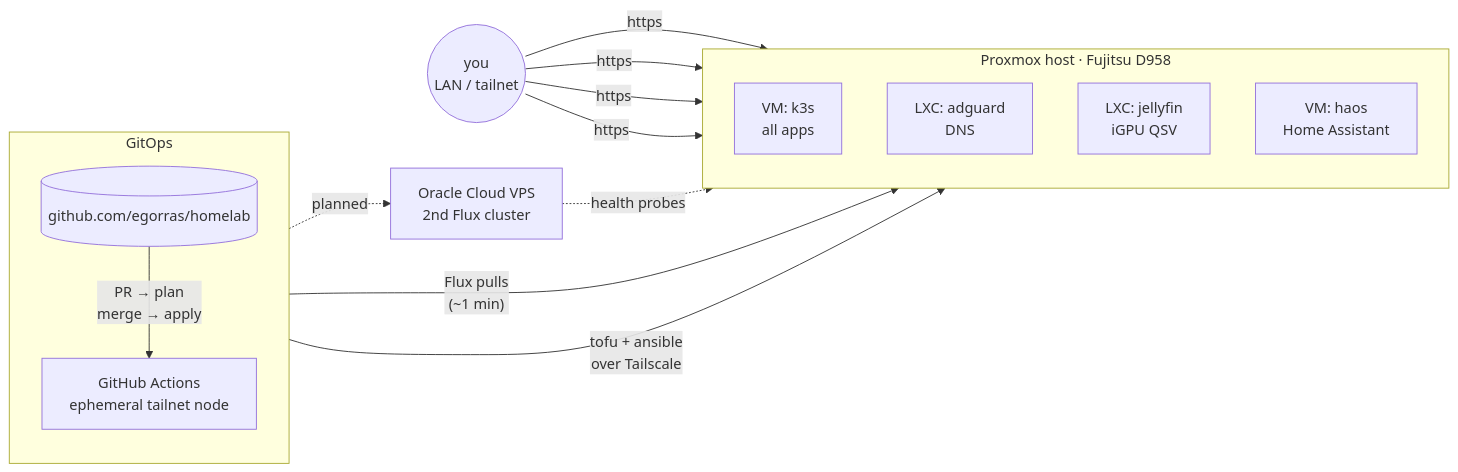
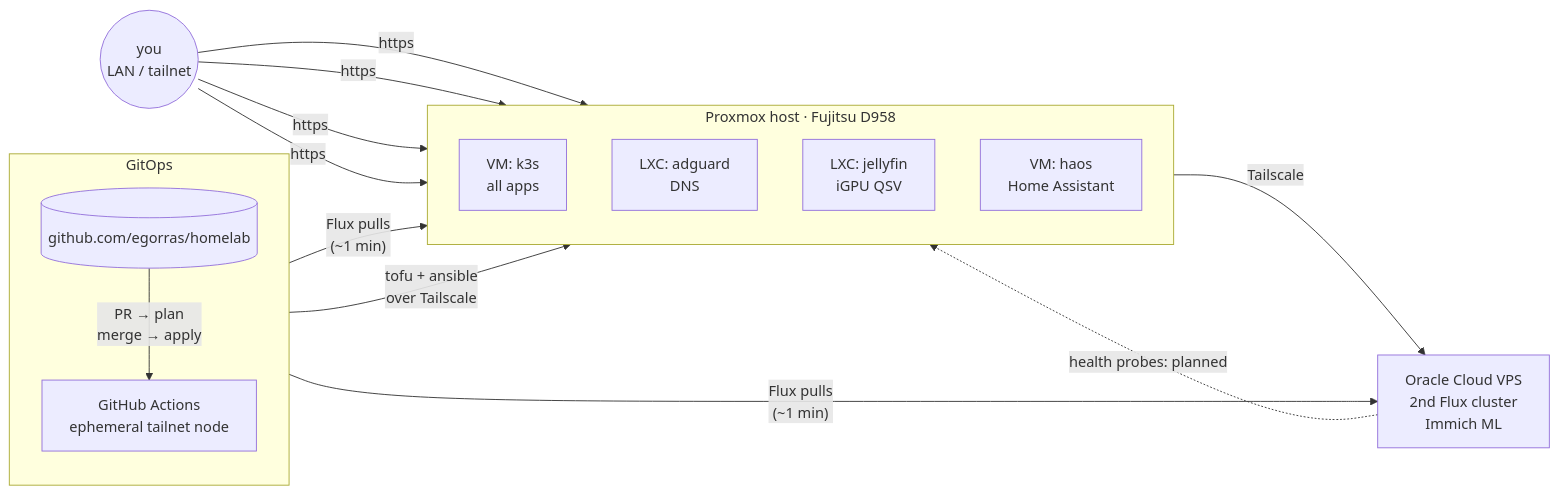
Before and after one commit to egorras/homelab: the diagram in README.md, drawn with Mermaid. The commit also changed other lines of this file and 6 other files, not shown here.

First line of the commit message:
feat(immich): move ML worker to the Oracle VPS cluster (#43)

````diff
--- a/README.md
+++ b/README.md
@@ -31,27 +31,28 @@
 ```mermaid
 flowchart LR
   you((you<br/>LAN / tailnet))
 
   subgraph gitops[GitOps]
     direction TB
     git[(github.com/egorras/homelab)]
     ci[GitHub Actions<br/>ephemeral tailnet node]
   end
 
   subgraph home[Proxmox host · Fujitsu D958]
     direction TB
     k3s[VM: k3s<br/>all apps]
     adguard[LXC: adguard<br/>DNS]
     jellyfin[LXC: jellyfin<br/>iGPU QSV]
     haos[VM: haos<br/>Home Assistant]
   end
 
-  oracle[Oracle Cloud VPS<br/>2nd Flux cluster]
+  oracle[Oracle Cloud VPS<br/>2nd Flux cluster<br/>Immich ML]
 
   git -- "Flux pulls<br/>(~1 min)" --> k3s
   git -- "PR → plan<br/>merge → apply" --> ci
   ci -- "tofu + ansible<br/>over Tailscale" --> home
   you -- "https" --> k3s & adguard & jellyfin & haos
-  git -. planned .-> oracle
-  oracle -. health probes .-> home
+  git -- "Flux pulls<br/>(~1 min)" --> oracle
+  k3s -- "Tailscale" --> oracle
+  oracle -. health probes: planned .-> home
 ```
````
